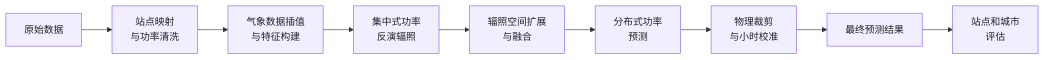
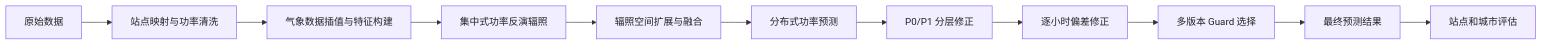
One commit to masuncheng-cloud/photovoltaic_forecasting_pj changed the diagram in 光伏功率预测项目.md. Above: the diagram before and after it, drawn with Mermaid. The commit also changed other lines of this file and 16 other files, not shown here.

````diff
--- a/光伏功率预测项目.md
+++ b/光伏功率预测项目.md
@@ -44,15 +50,17 @@
 ```mermaid
 %%{init: {"flowchart": {"htmlLabels": true}} }%%
 flowchart LR
-    A["<div style='text-align:center'>原始数据</div>"] --> B["<div style='text-align:center'>站点映射<br/>与功率清洗</div>"]
-    B --> C["<div style='text-align:center'>气象数据插值<br/>与特征构建</div>"]
-    C --> D["<div style='text-align:center'>集中式功率<br/>反演辐照</div>"]
-    D --> E["<div style='text-align:center'>辐照空间扩展<br/>与融合</div>"]
-    E --> F["<div style='text-align:center'>分布式功率<br/>预测</div>"]
-    F --> G["<div style='text-align:center'>物理裁剪<br/>与小时校准</div>"]
-    G --> H["<div style='text-align:center'>最终预测结果</div>"]
-    H --> I["<div style='text-align:center'>站点和城市<br/>评估</div>"]
+    A["原始数据"] --> B["站点映射与功率清洗"]
+    B --> C["气象数据插值与特征构建"]
+    C --> D["集中式功率反演辐照"]
+    D --> E["辐照空间扩展与融合"]
+    E --> F["分布式功率预测"]
+    F --> G["P0/P1 分层修正"]
+    G --> H["逐小时偏差修正"]
+    H --> I["多版本 Guard 选择"]
+    I --> J["最终预测结果"]
+    J --> K["站点和城市评估"]
 
     classDef step fill:#f1efff,stroke:#8b5cf6,stroke-width:1px,color:#222;
-    class A,B,C,D,E,F,G,H,I step;
+    class A,B,C,D,E,F,G,H,I,J,K step;
 ```
````
